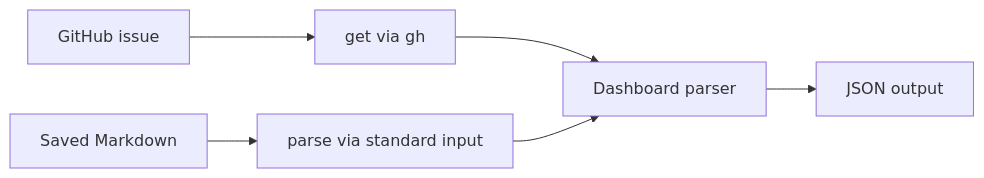
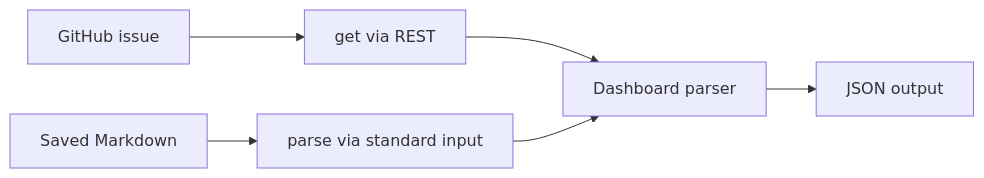
Before and after one commit to gkzz/renodash: the diagram in docs/usage.md, drawn with Mermaid. The commit also changed other lines of this file and 24 other files, not shown here.

First line of the commit message:
feat: fetch GitHub issues with net/http (#127)

````diff
--- a/docs/usage.md
+++ b/docs/usage.md
@@ -19,8 +19,8 @@
 ```mermaid
 flowchart LR
-    Issue[GitHub issue] --> Get[get via gh]
+    Issue[GitHub issue] --> Get[get via REST]
     Get --> Parser[Dashboard parser]
     File[Saved Markdown] --> Parse[parse via standard input]
     Parse --> Parser
     Parser --> JSON[JSON output]
 ```
````
